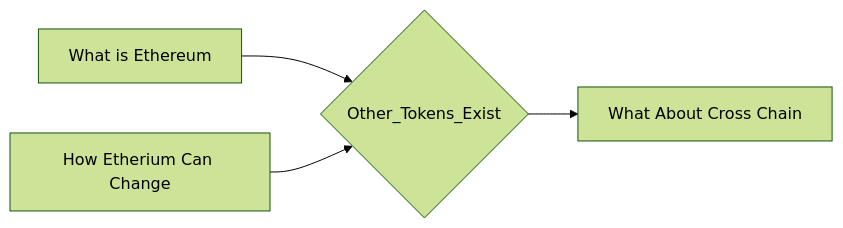
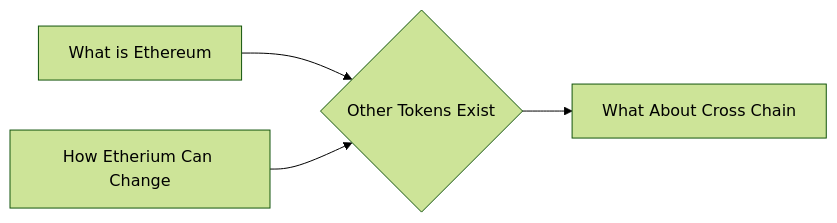
Before and after one commit to lpurdy01/crypto-knowledge-map: the diagram in notes/Other_Tokens_Exist.md, drawn with Mermaid (forest theme). The commit also changed 58 other files, not shown here.

````diff
--- a/notes/Other_Tokens_Exist.md
+++ b/notes/Other_Tokens_Exist.md
@@ -9,6 +9,6 @@
 ```mermaid
 graph LR
-1["What is Ethereum"]-->0{"Other_Tokens_Exist"}
-2["How Etherium Can Change"]-->0{"Other_Tokens_Exist"}
-0{"Other_Tokens_Exist"}-->3["What About Cross Chain"]
+1["What is Ethereum"]-->0{"Other Tokens Exist"}
+2["How Etherium Can Change"]-->0{"Other Tokens Exist"}
+0{"Other Tokens Exist"}-->3["What About Cross Chain"]
 ```
````
